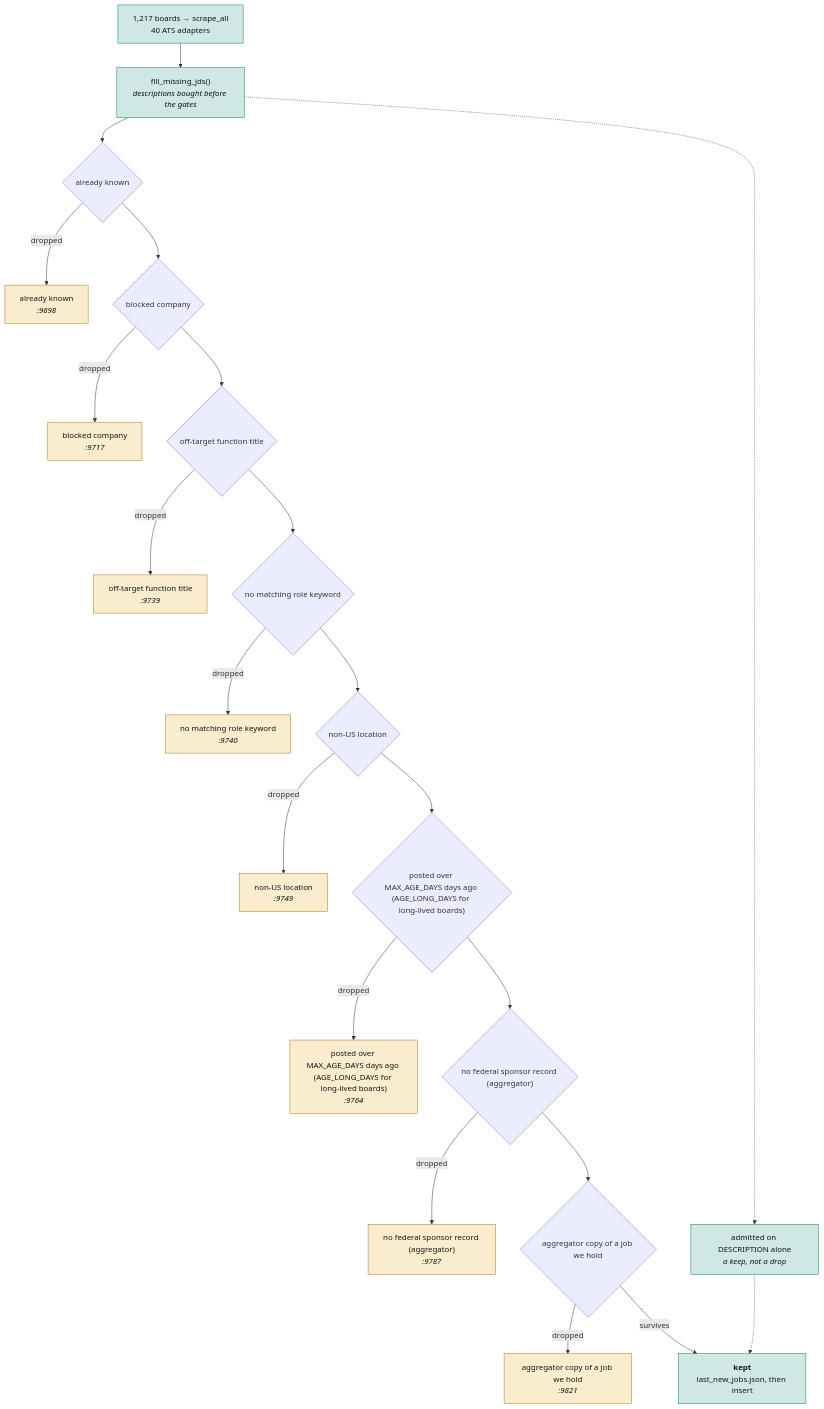
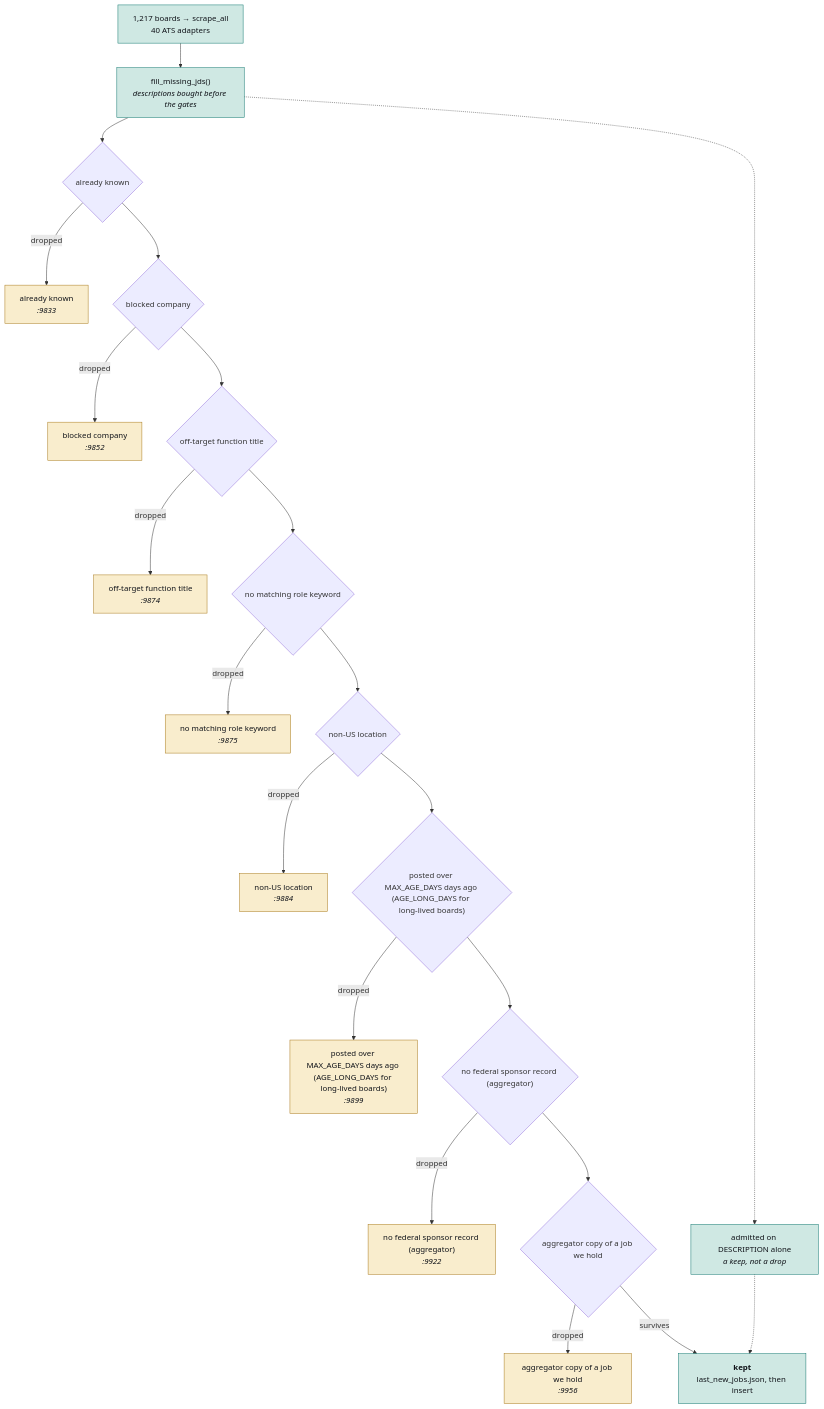
Before and after one commit to hadakunal909-debug/job-search-tool: the second of 4 diagrams in JobMatch Scraper/docs/ARCHITECTURE.md, drawn with Mermaid. The commit also changed other lines of this file and 9 other files, not shown here.

````diff
--- a/JobMatch Scraper/docs/ARCHITECTURE.md
+++ b/JobMatch Scraper/docs/ARCHITECTURE.md
@@ -106,54 +106,54 @@
 ```mermaid
 flowchart TB
   SRC["1,217 boards → scrape_all<br/>40 ATS adapters"]
   JD["fill_missing_jds()<br/><i>descriptions bought before the gates</i>"]
   SRC --> JD
   G0{"already known"}
-  D0["already known<br/><i>:9698</i>"]
+  D0["already known<br/><i>:9833</i>"]
   JD --> G0
   G0 -->|dropped| D0
   class D0 trap
   G1{"blocked company"}
-  D1["blocked company<br/><i>:9717</i>"]
+  D1["blocked company<br/><i>:9852</i>"]
   G0 --> G1
   G1 -->|dropped| D1
   class D1 trap
   G2{"off-target function title"}
-  D2["off-target function title<br/><i>:9739</i>"]
+  D2["off-target function title<br/><i>:9874</i>"]
   G1 --> G2
   G2 -->|dropped| D2
   class D2 trap
   G3{"no matching role keyword"}
-  D3["no matching role keyword<br/><i>:9740</i>"]
+  D3["no matching role keyword<br/><i>:9875</i>"]
   G2 --> G3
   G3 -->|dropped| D3
   class D3 trap
   G4{"non-US location"}
-  D4["non-US location<br/><i>:9749</i>"]
+  D4["non-US location<br/><i>:9884</i>"]
   G3 --> G4
   G4 -->|dropped| D4
   class D4 trap
   G5{"posted over MAX_AGE_DAYS days ago (AGE_LONG_DAYS for long-lived boards)"}
-  D5["posted over MAX_AGE_DAYS days ago (AGE_LONG_DAYS for long-lived boards)<br/><i>:9764</i>"]
+  D5["posted over MAX_AGE_DAYS days ago (AGE_LONG_DAYS for long-lived boards)<br/><i>:9899</i>"]
   G4 --> G5
   G5 -->|dropped| D5
   class D5 trap
   G6{"no federal sponsor record (aggregator)"}
-  D6["no federal sponsor record (aggregator)<br/><i>:9787</i>"]
+  D6["no federal sponsor record (aggregator)<br/><i>:9922</i>"]
   G5 --> G6
   G6 -->|dropped| D6
   class D6 trap
   G7{"aggregator copy of a job we hold"}
-  D7["aggregator copy of a job we hold<br/><i>:9821</i>"]
+  D7["aggregator copy of a job we hold<br/><i>:9956</i>"]
   G6 --> G7
   G7 -->|dropped| D7
   class D7 trap
   KEEP["<b>kept</b><br/>last_new_jobs.json, then insert"]
   G7 -->|survives| KEEP
   RESCUE["admitted on DESCRIPTION alone<br/><i>a keep, not a drop</i>"]
   JD -.-> RESCUE
   RESCUE -.-> KEEP
   classDef trap fill:#f9edcd,stroke:#a8781a,color:#101319
   classDef sched fill:#cfe8e3,stroke:#0f766e,color:#101319
   class SRC,JD,KEEP,RESCUE sched
 ```
````
